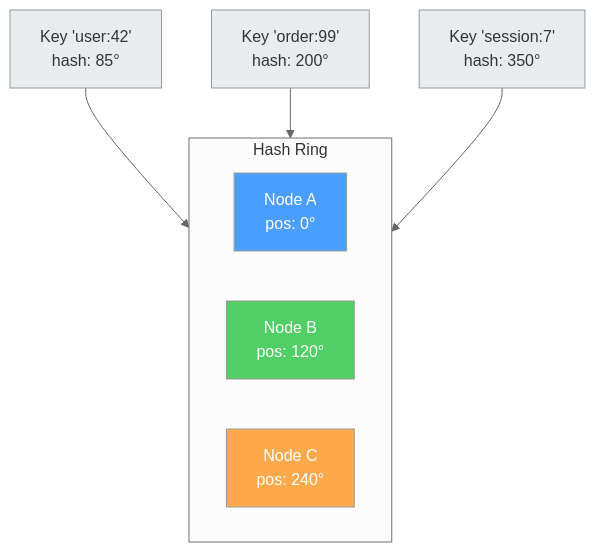
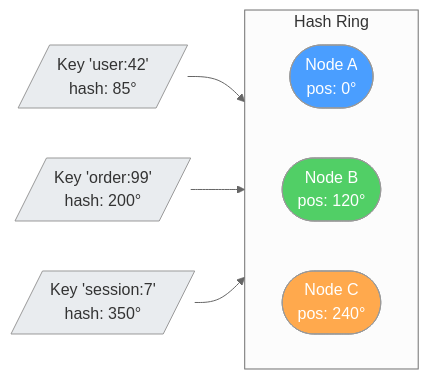
Diagram 11 of 11 in docs/distributedCaching.md (saivamsikaruturi/vamsilabs-dev-notes-main), drawn with Mermaid (neutral theme) before and after one commit. The commit also changed other lines of this file and 146 other files, not shown here.

Commit message:
Horizontal diagrams, UML class diagrams, typography overhaul, and permalink cleanup

````diff
--- a/docs/distributedCaching.md
+++ b/docs/distributedCaching.md
@@ -369,19 +369,19 @@
 ```mermaid
-flowchart TD
+flowchart LR
     subgraph Ring["Hash Ring"]
         direction LR
-        N1[Node A<br/>pos: 0°]
-        N2[Node B<br/>pos: 120°]
-        N3[Node C<br/>pos: 240°]
+        N1(["Node A<br/>pos: 0°"])
+        N2(["Node B<br/>pos: 120°"])
+        N3(["Node C<br/>pos: 240°"])
     end
-    K1[Key 'user:42'<br/>hash: 85°] --> N2
-    K2[Key 'order:99'<br/>hash: 200°] --> N3
-    K3[Key 'session:7'<br/>hash: 350°] --> N1
+    K1[/"Key 'user:42'<br/>hash: 85°"/] --> N2
+    K2[/"Key 'order:99'<br/>hash: 200°"/] --> N3
+    K3[/"Key 'session:7'<br/>hash: 350°"/] --> N1
 
     style N1 fill:#4a9eff,color:#fff
     style N2 fill:#51cf66,color:#fff
     style N3 fill:#ffa94d,color:#fff
     style K1 fill:#e9ecef,color:#333
     style K2 fill:#e9ecef,color:#333
     style K3 fill:#e9ecef,color:#333
 ```
````
